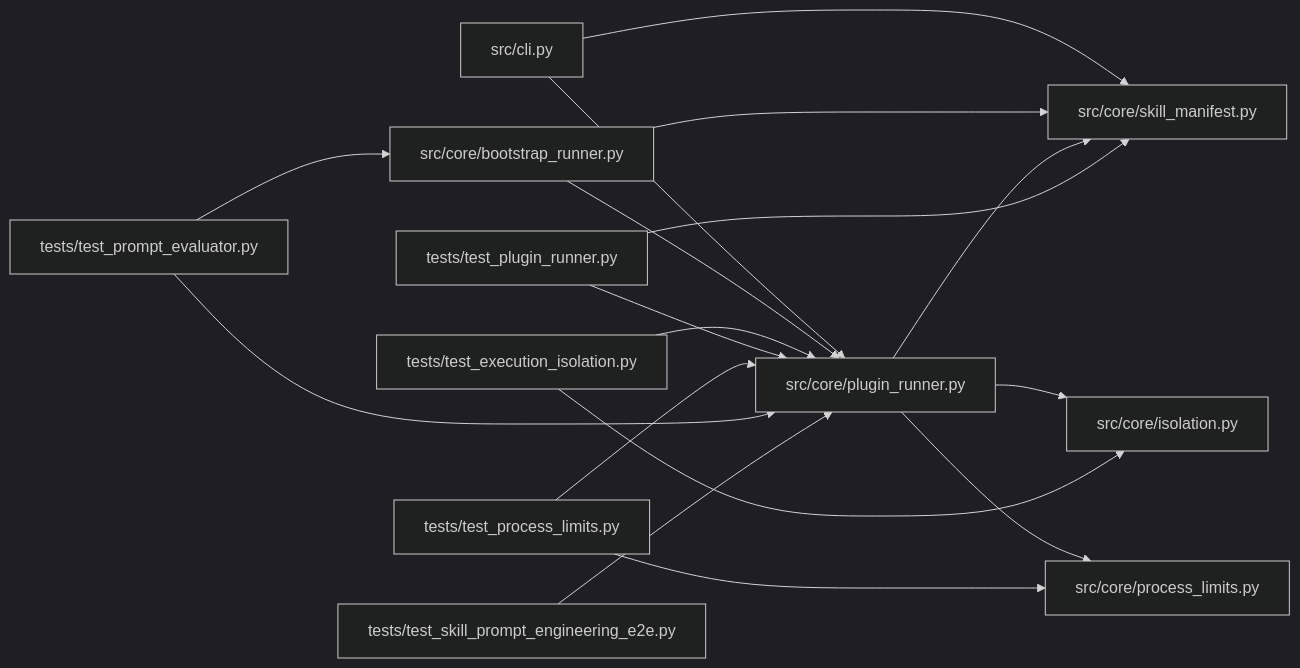
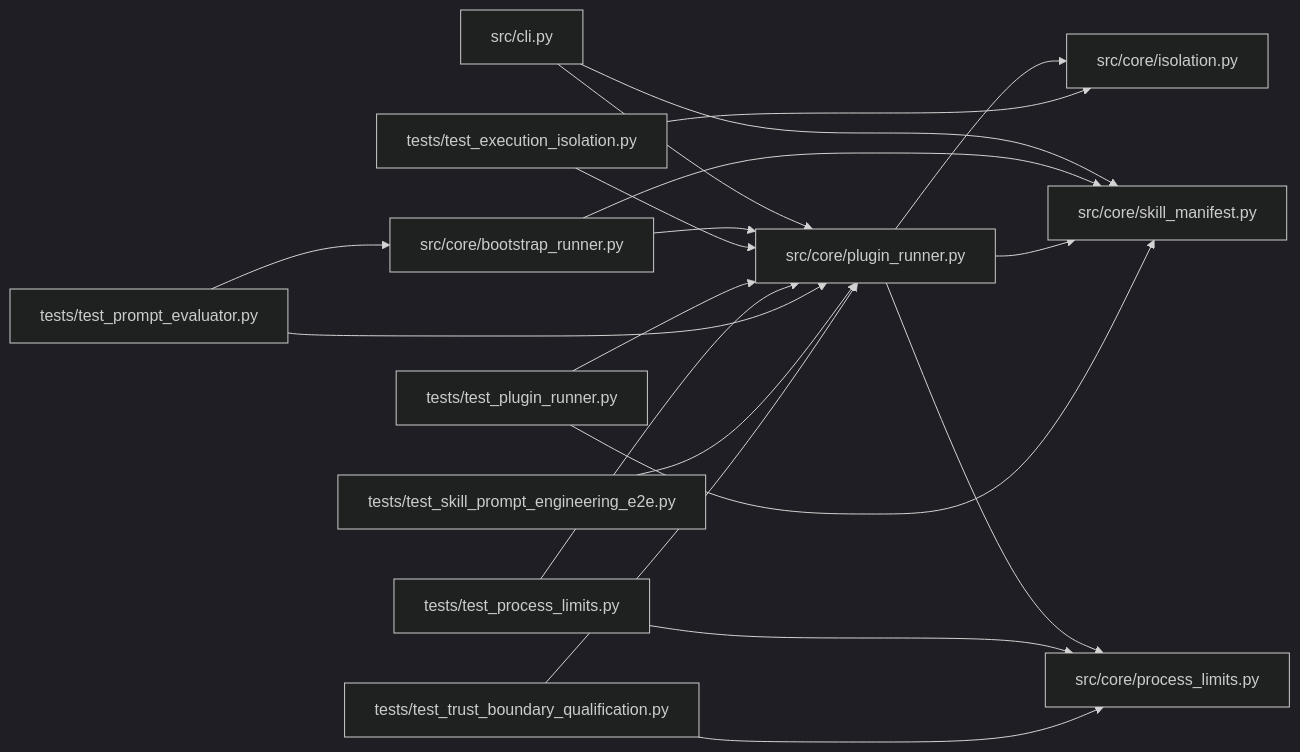
Before and after one commit to Denissvgn/autoresearch-agent: the diagram in docs/llm_wiki/modules/plugin_runner.md, drawn with Mermaid (dark theme). The commit also changed other lines of this file and 31 other files, not shown here.

Commit message:
docs(wiki): sync pages for the trusted execution boundary qualification

````diff
--- a/docs/llm_wiki/modules/plugin_runner.md
+++ b/docs/llm_wiki/modules/plugin_runner.md
@@ -86,41 +86,45 @@
 ```mermaid
 flowchart LR
     n0["src/cli.py"]
     n1["src/core/bootstrap_runner.py"]
     n2["src/core/isolation.py"]
     n3["src/core/plugin_runner.py"]
     n4["src/core/process_limits.py"]
     n5["src/core/skill_manifest.py"]
     n6["tests/test_execution_isolation.py"]
     n7["tests/test_plugin_runner.py"]
     n8["tests/test_process_limits.py"]
     n9["tests/test_prompt_evaluator.py"]
     n10["tests/test_skill_prompt_engineering_e2e.py"]
+    n11["tests/test_trust_boundary_qualification.py"]
     n0 --> n3
     n0 --> n5
     n1 --> n3
     n1 --> n5
     n3 --> n2
     n3 --> n4
     n3 --> n5
     n6 --> n2
     n6 --> n3
     n7 --> n3
     n7 --> n5
     n8 --> n3
     n8 --> n4
     n9 --> n1
     n9 --> n3
     n10 --> n3
+    n11 --> n3
+    n11 --> n4
     click n0 "../modules/cli.md"
     click n1 "../modules/bootstrap_runner.md"
     click n2 "../modules/isolation.md"
     click n3 "../modules/plugin_runner.md"
     click n4 "../modules/process_limits.md"
     click n5 "../modules/skill_manifest.md"
     click n6 "../modules/test_execution_isolation.md"
     click n7 "../modules/test_plugin_runner.md"
     click n8 "../modules/test_process_limits.md"
     click n9 "../modules/test_prompt_evaluator.md"
     click n10 "../modules/test_skill_prompt_engineering_e2e.md"
+    click n11 "../modules/test_trust_boundary_qualification.md"
 ```
````
